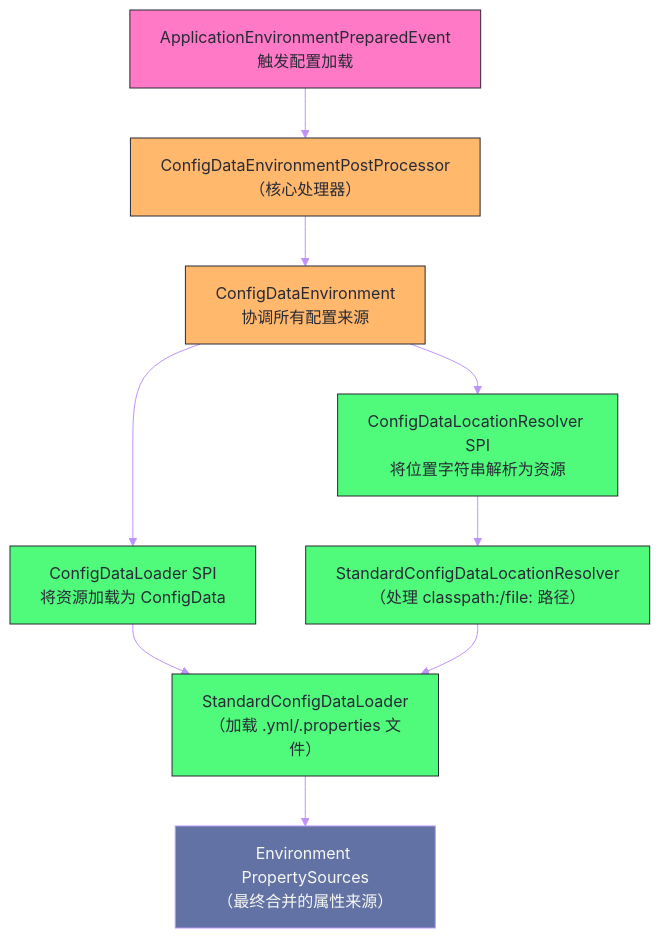
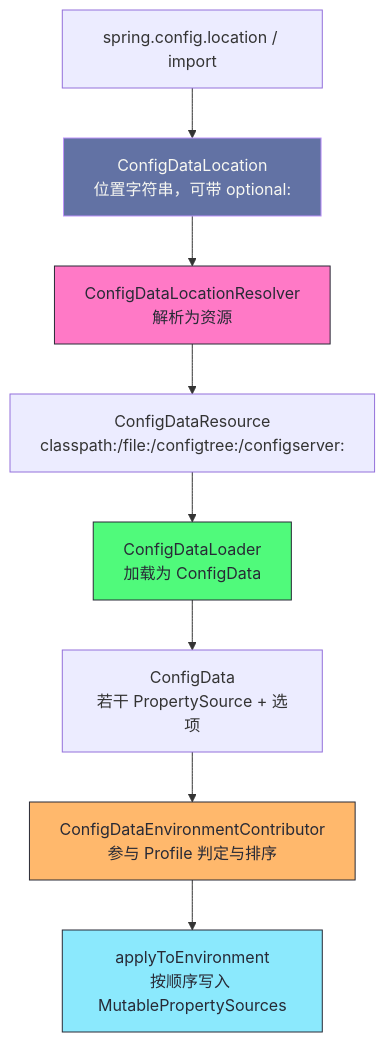
The fifth of 5 diagrams in content/Java/SpringBoot/05 配置体系——application.yml、Profile与配置优先级.md (hpliStartAgain/my-brain), drawn with Mermaid before and after one commit. The commit also changed other lines of this file and 455 other files, not shown here.

````diff
--- a/content/Java/SpringBoot/05 配置体系——application.yml、Profile与配置优先级.md
+++ b/content/Java/SpringBoot/05 配置体系——application.yml、Profile与配置优先级.md
@@ -74,25 +497,17 @@
 ```mermaid
-%%{init: {'theme': 'base', 'themeVariables': {'primaryColor': '#6272a4', 'primaryTextColor': '#f8f8f2', 'primaryBorderColor': '#44475a', 'lineColor': '#bd93f9', 'secondaryColor': '#44475a', 'tertiaryColor': '#282a36', 'background': '#282a36', 'mainBkg': '#44475a', 'nodeBorder': '#6272a4', 'clusterBkg': '#282a36', 'titleColor': '#f8f8f2', 'edgeLabelBackground': '#44475a', 'fontFamily': 'monospace'}}}%%
+%%{init: {'theme': 'dracula'}}%%
 graph TD
-    classDef trigger fill:#ff79c6,stroke:#282a36,color:#282a36
-    classDef core fill:#ffb86c,stroke:#282a36,color:#282a36
-    classDef spi fill:#50fa7b,stroke:#282a36,color:#282a36
-    classDef output fill:#6272a4,stroke:#bd93f9,color:#f8f8f2
+    A["spring.config.location / import"] --> B["ConfigDataLocation<br/>位置字符串，可带 optional:"]
+    B --> C["ConfigDataLocationResolver<br/>解析为资源"]
+    C --> D["ConfigDataResource<br/>classpath:/file:/configtree:/configserver:"]
+    D --> E["ConfigDataLoader<br/>加载为 ConfigData"]
+    E --> F["ConfigData<br/>若干 PropertySource + 选项"]
+    F --> G["ConfigDataEnvironmentContributor<br/>参与 Profile 判定与排序"]
+    G --> H["applyToEnvironment<br/>按顺序写入 MutablePropertySources"]
 
-    A["ApplicationEnvironmentPreparedEvent</br>触发配置加载"]:::trigger
-    B["ConfigDataEnvironmentPostProcessor</br>（核心处理器）"]:::core
-    C["ConfigDataEnvironment</br>协调所有配置来源"]:::core
-    D["ConfigDataLocationResolver SPI</br>将位置字符串解析为资源"]:::spi
-    E["ConfigDataLoader SPI</br>将资源加载为 ConfigData"]:::spi
-    F["StandardConfigDataLocationResolver</br>（处理 classpath:/file: 路径）"]:::spi
-    G["StandardConfigDataLoader</br>（加载 .yml/.properties 文件）"]:::spi
-    H["Environment PropertySources</br>（最终合并的属性来源）"]:::output
-
-    A --> B --> C
-    C --> D --> F
-    C --> E --> G
-    F --> G
-    G --> H
-
-    style A fill:#ff79c6,stroke:#282a36,color:#282a36
+    style B fill:#6272a4,stroke:#bd93f9,color:#f8f8f2
+    style C fill:#ff79c6,stroke:#282a36,color:#282a36
+    style E fill:#50fa7b,stroke:#282a36,color:#282a36
+    style G fill:#ffb86c,stroke:#282a36,color:#282a36
+    style H fill:#8be9fd,stroke:#282a36,color:#282a36
 ```
````
